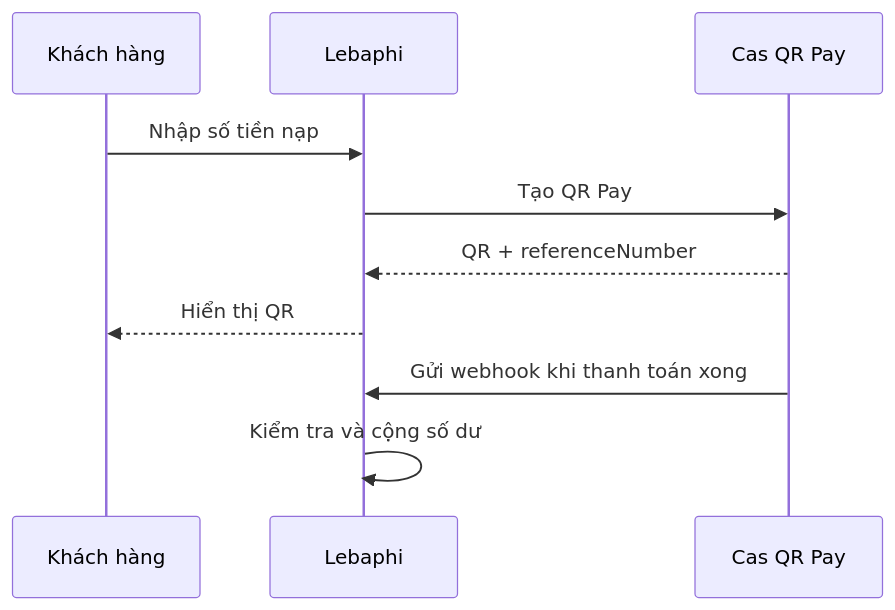
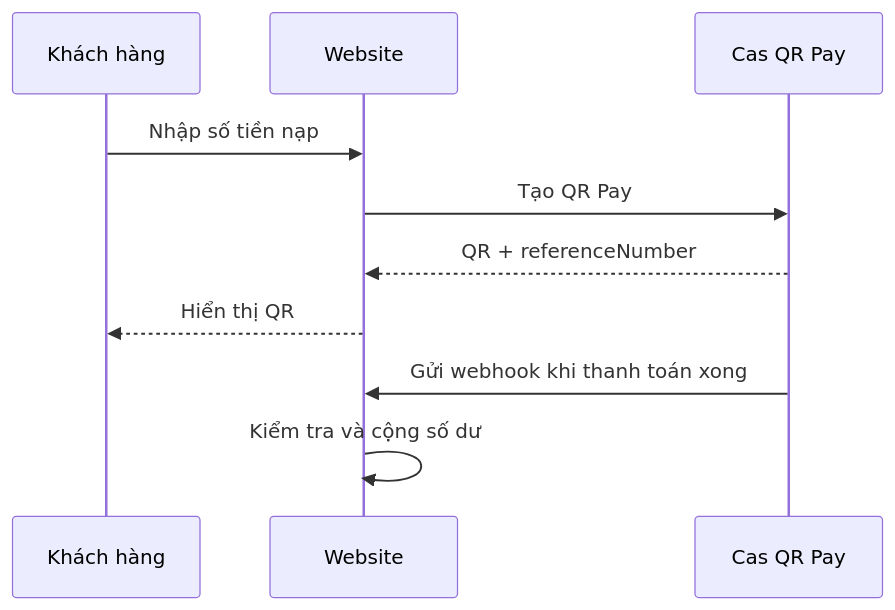
One commit to phi140307/cas changed the diagram in PAPER.vi.md. Above: the diagram before and after it, drawn with Mermaid. The commit also changed other lines of this file and 10 other files, not shown here.

````diff
--- a/PAPER.vi.md
+++ b/PAPER.vi.md
@@ -25,12 +25,12 @@
 ```mermaid
 sequenceDiagram
   participant User as Khách hàng
-  participant Web as Lebaphi
+  participant Web as Website
   participant Cas as Cas QR Pay
   User->>Web: Nhập số tiền nạp
   Web->>Cas: Tạo QR Pay
   Cas-->>Web: QR + referenceNumber
   Web-->>User: Hiển thị QR
   Cas->>Web: Gửi webhook khi thanh toán xong
   Web->>Web: Kiểm tra và cộng số dư
 ```
````
